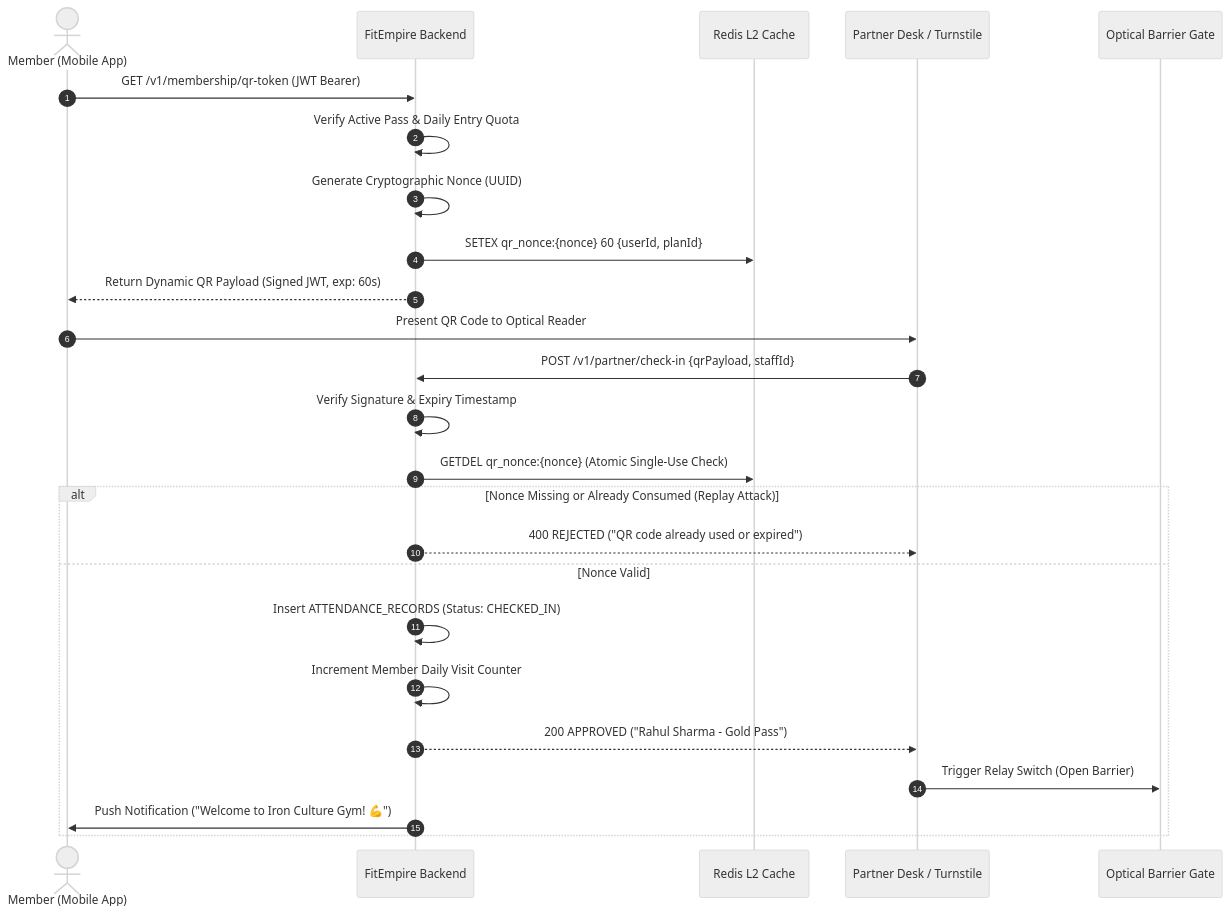
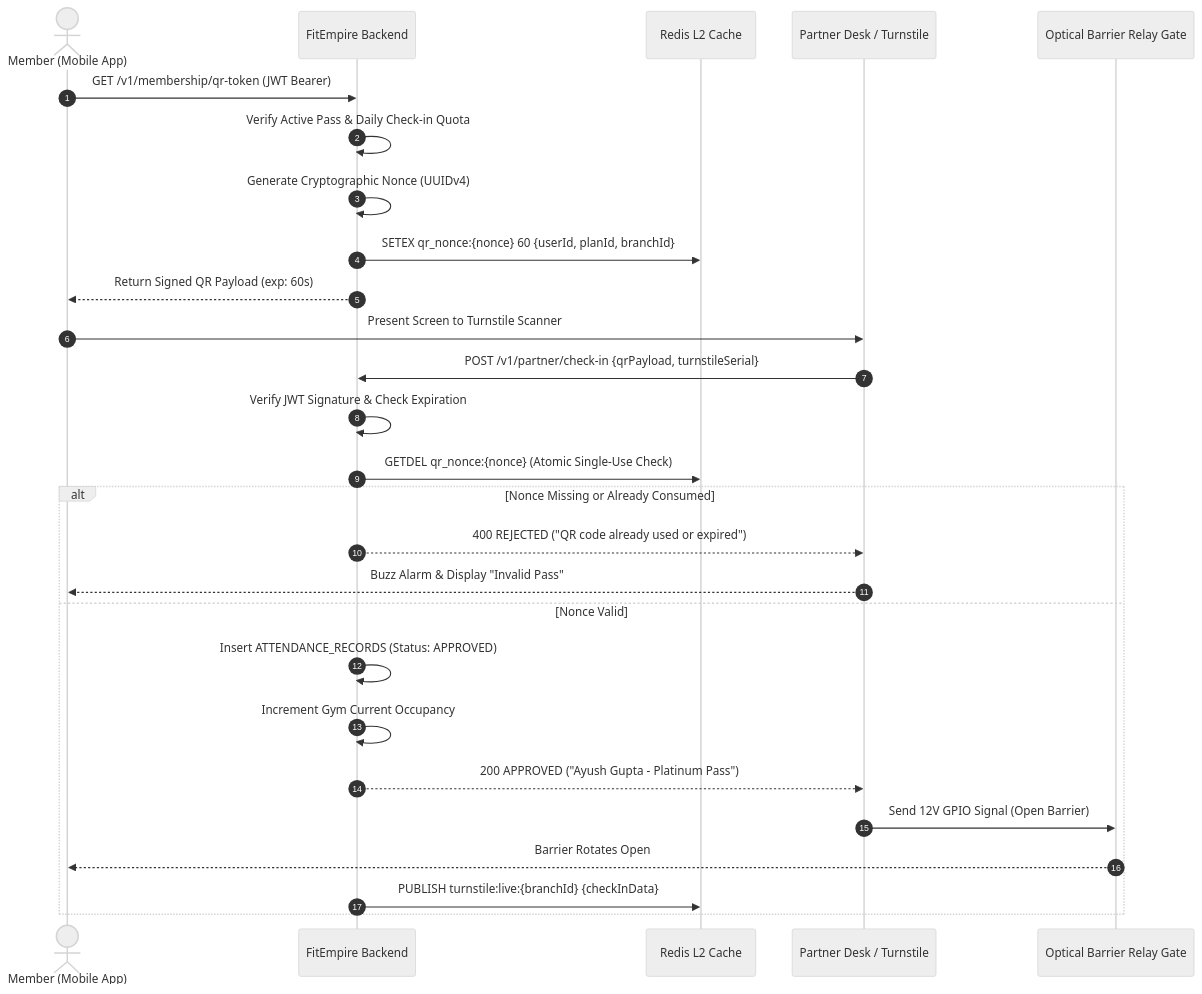
One commit to ayushgupta9906/FitEmpire changed the fourth of 9 diagrams in SYSTEM_DESIGN.md. Above: the diagram before and after it, drawn with Mermaid (neutral theme). The commit also changed other lines of this file and 19 other files, not shown here.

````diff
--- a/SYSTEM_DESIGN.md
+++ b/SYSTEM_DESIGN.md
@@ -397,28 +1266,30 @@
 ```mermaid
 sequenceDiagram
     autonumber
     actor Member as Member (Mobile App)
     participant Server as FitEmpire Backend
     participant Redis as Redis L2 Cache
     participant Scanner as Partner Desk / Turnstile
-    participant Turnstile as Optical Barrier Gate
+    participant Turnstile as Optical Barrier Relay Gate
 
     Member->>Server: GET /v1/membership/qr-token (JWT Bearer)
-    Server->>Server: Verify Active Pass & Daily Entry Quota
-    Server->>Server: Generate Cryptographic Nonce (UUID)
-    Server->>Redis: SETEX qr_nonce:{nonce} 60 {userId, planId}
-    Server-->>Member: Return Dynamic QR Payload (Signed JWT, exp: 60s)
-    Member->>Scanner: Present QR Code to Optical Reader
-    Scanner->>Server: POST /v1/partner/check-in {qrPayload, staffId}
-    Server->>Server: Verify Signature & Expiry Timestamp
+    Server->>Server: Verify Active Pass & Daily Check-in Quota
+    Server->>Server: Generate Cryptographic Nonce (UUIDv4)
+    Server->>Redis: SETEX qr_nonce:{nonce} 60 {userId, planId, branchId}
+    Server-->>Member: Return Signed QR Payload (exp: 60s)
+    Member->>Scanner: Present Screen to Turnstile Scanner
+    Scanner->>Server: POST /v1/partner/check-in {qrPayload, turnstileSerial}
+    Server->>Server: Verify JWT Signature & Check Expiration
     Server->>Redis: GETDEL qr_nonce:{nonce} (Atomic Single-Use Check)
-    alt Nonce Missing or Already Consumed (Replay Attack)
+    alt Nonce Missing or Already Consumed
         Server-->>Scanner: 400 REJECTED ("QR code already used or expired")
+        Scanner-->>Member: Buzz Alarm & Display "Invalid Pass"
     else Nonce Valid
-        Server->>Server: Insert ATTENDANCE_RECORDS (Status: CHECKED_IN)
-        Server->>Server: Increment Member Daily Visit Counter
-        Server-->>Scanner: 200 APPROVED ("Rahul Sharma - Gold Pass")
-        Scanner->>Turnstile: Trigger Relay Switch (Open Barrier)
-        Server->>Member: Push Notification ("Welcome to Iron Culture Gym! 💪")
+        Server->>Server: Insert ATTENDANCE_RECORDS (Status: APPROVED)
+        Server->>Server: Increment Gym Current Occupancy
+        Server-->>Scanner: 200 APPROVED ("Ayush Gupta - Platinum Pass")
+        Scanner->>Turnstile: Send 12V GPIO Signal (Open Barrier)
+        Turnstile-->>Member: Barrier Rotates Open
+        Server->>Redis: PUBLISH turnstile:live:{branchId} {checkInData}
     end
 ```
````
